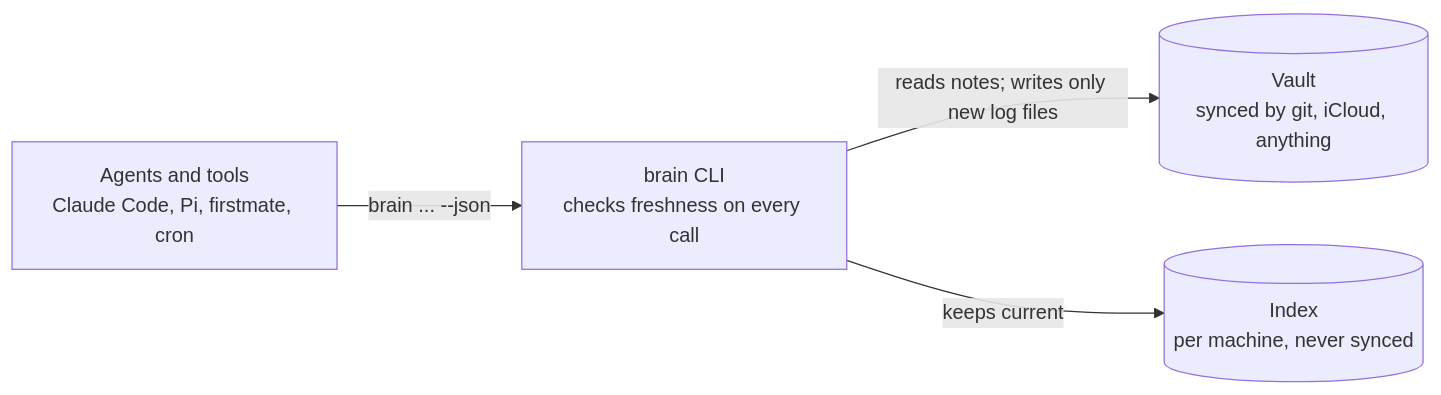
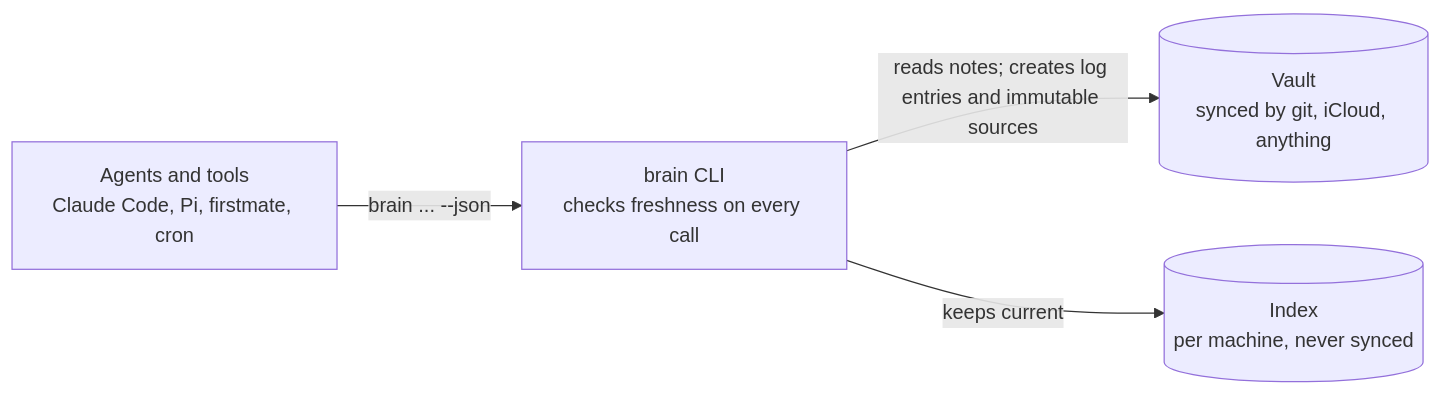
One commit to phuhien92/brain-cli changed the diagram in README.md. Above: the diagram before and after it, drawn with Mermaid. The commit also changed other lines of this file and 21 other files, not shown here.

````diff
--- a/README.md
+++ b/README.md
@@ -69,6 +70,6 @@
 ```mermaid
 flowchart LR
   A["Agents and tools<br/>Claude Code, Pi, firstmate, cron"] -- "brain ... --json" --> B["brain CLI<br/>checks freshness on every call"]
-  B -- "reads notes; writes only new log files" --> V[("Vault<br/>synced by git, iCloud, anything")]
+  B -- "reads notes; creates log entries and immutable sources" --> V[("Vault<br/>synced by git, iCloud, anything")]
   B -- "keeps current" --> I[("Index<br/>per machine, never synced")]
 ```
````
